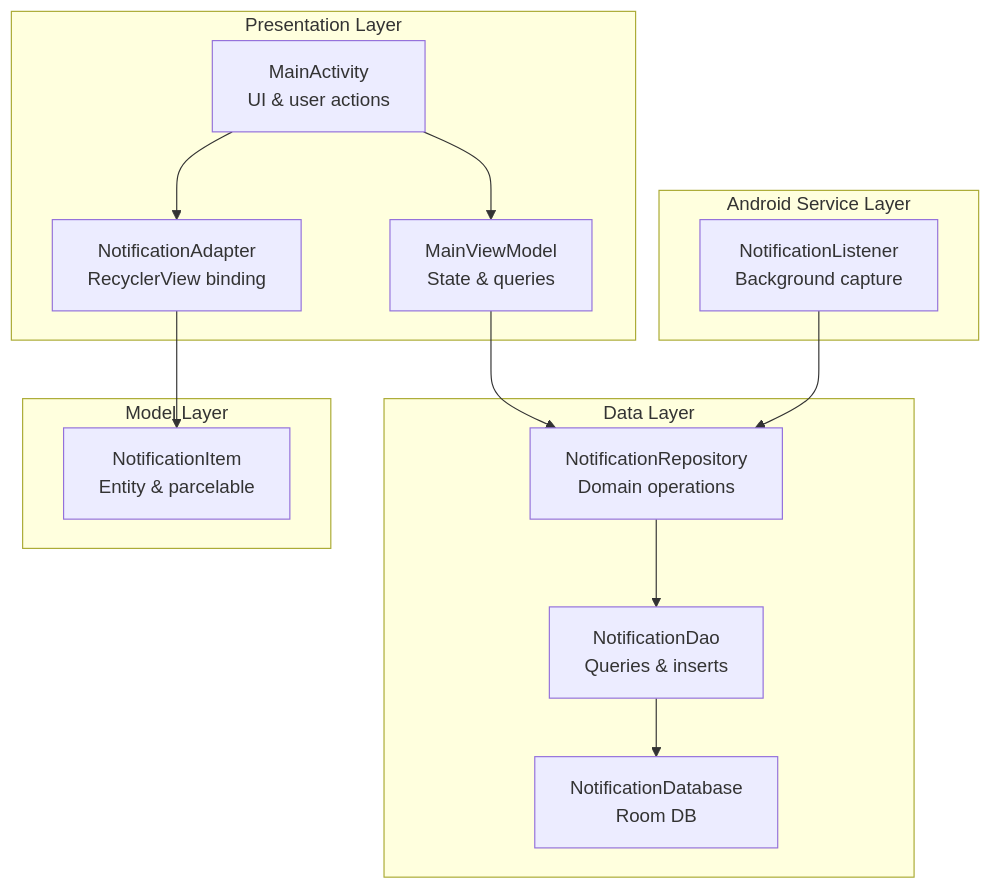
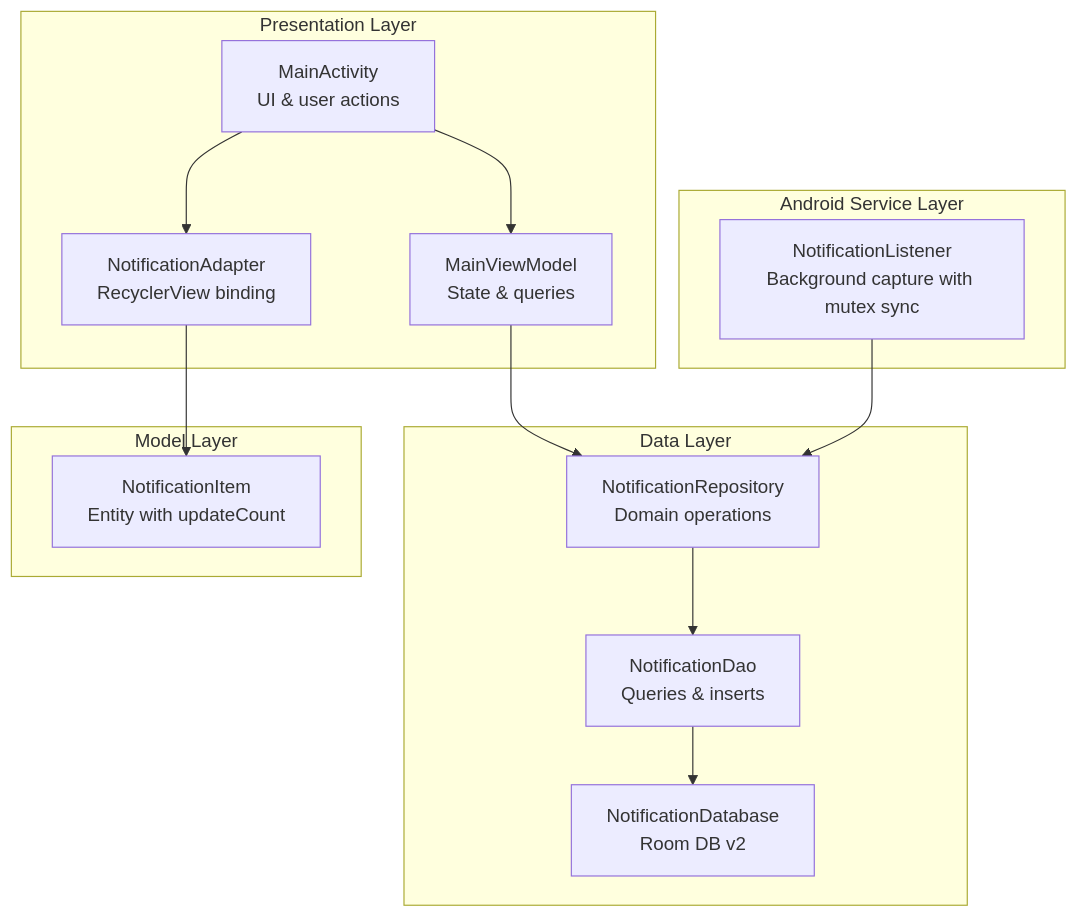
One commit to caldefoc/NotificationLog changed the first of 9 diagrams in .qoder/repowiki/en/content/Core Features/Real-time Notification Capture.md. Above: the diagram before and after it, drawn with Mermaid. The commit also changed other lines of this file and 13 other files, not shown here.

````diff
--- a/.qoder/repowiki/en/content/Core Features/Real-time Notification Capture.md
+++ b/.qoder/repowiki/en/content/Core Features/Real-time Notification Capture.md
@@ -40,26 +48,26 @@
 ```mermaid
 graph TB
 subgraph "Android Service Layer"
-NL["NotificationListener<br/>Background capture"]
+NL["NotificationListener<br/>Background capture with mutex sync"]
 end
 subgraph "Presentation Layer"
 MA["MainActivity<br/>UI & user actions"]
 VM["MainViewModel<br/>State & queries"]
 AD["NotificationAdapter<br/>RecyclerView binding"]
 end
 subgraph "Data Layer"
-DB["NotificationDatabase<br/>Room DB"]
+DB["NotificationDatabase<br/>Room DB v2"]
 DAO["NotificationDao<br/>Queries & inserts"]
 REPO["NotificationRepository<br/>Domain operations"]
 end
 subgraph "Model Layer"
-NI["NotificationItem<br/>Entity & parcelable"]
+NI["NotificationItem<br/>Entity with updateCount"]
 end
 NL --> REPO
 REPO --> DAO
 DAO --> DB
 VM --> REPO
 MA --> VM
 MA --> AD
 AD --> NI
 ```
````
